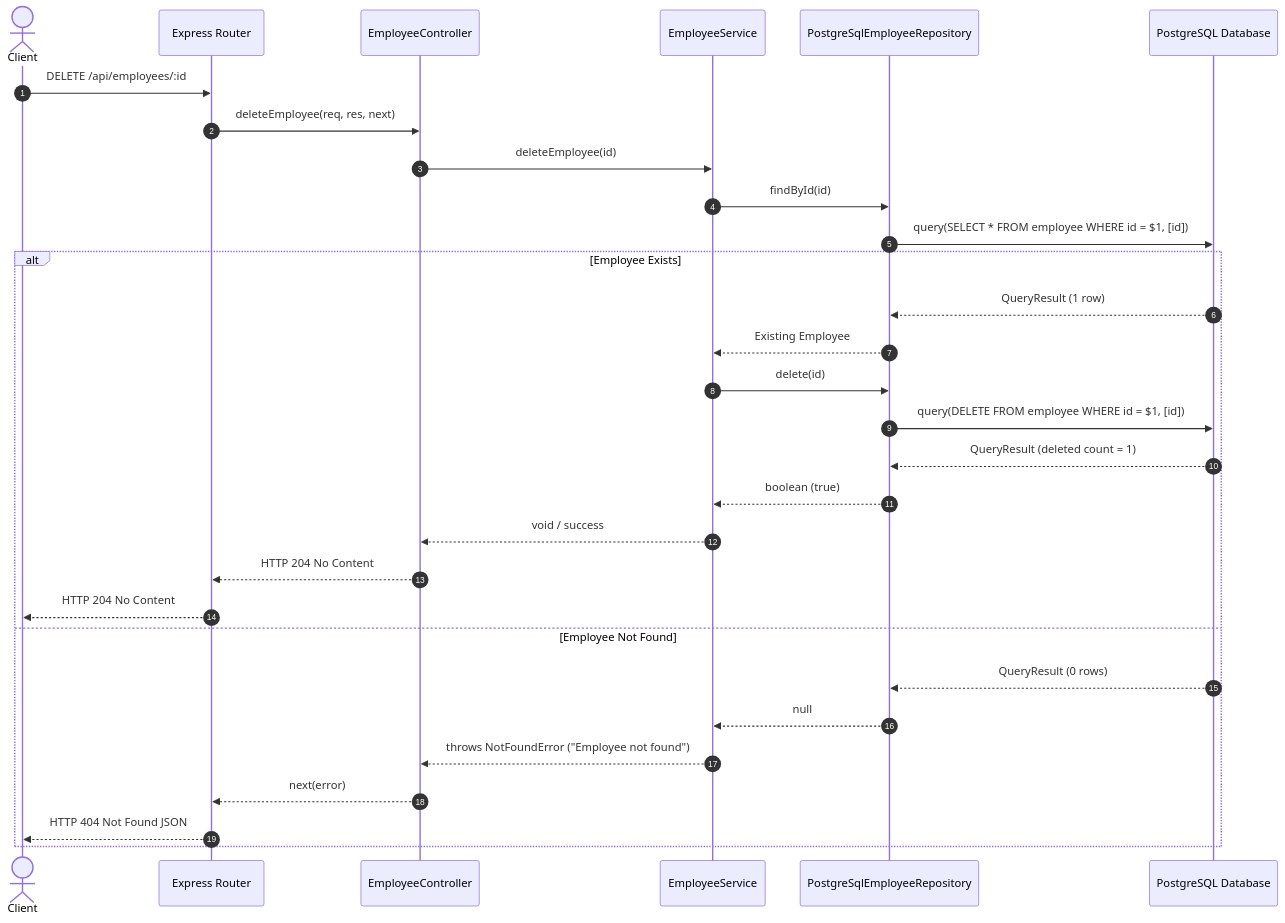
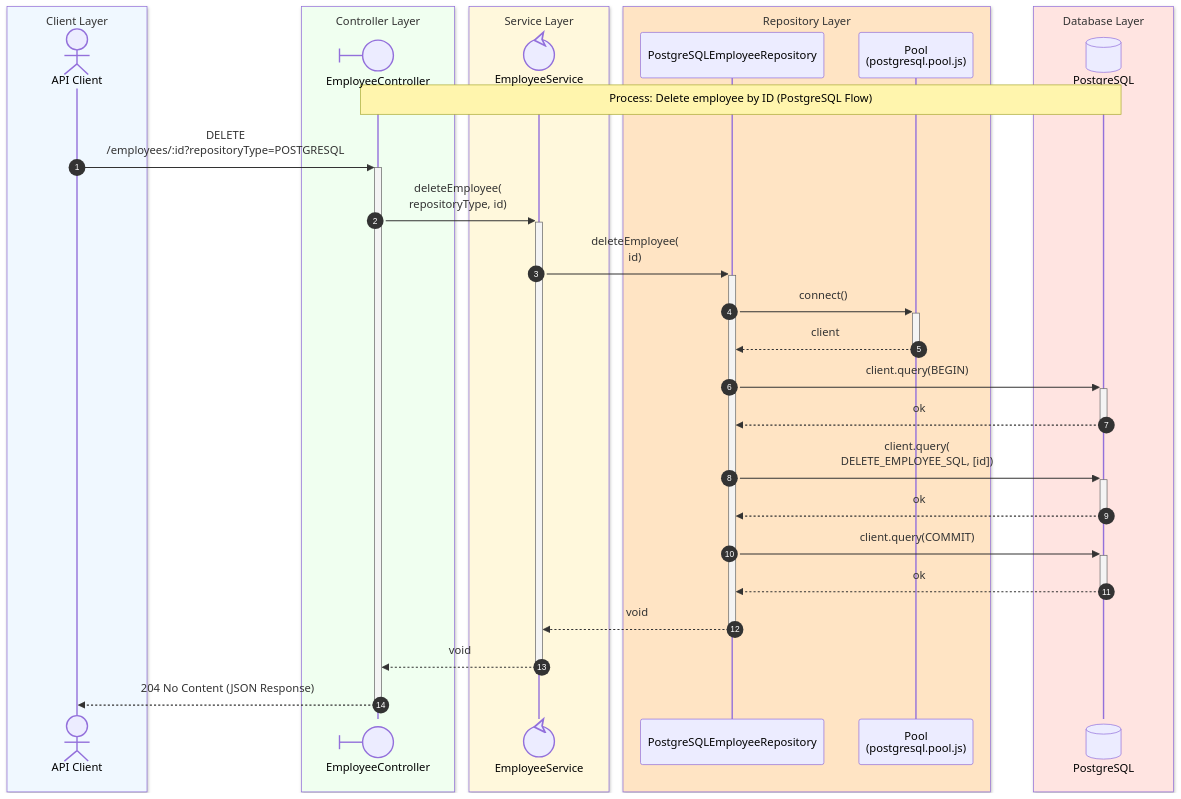
One commit to k1729p/Study28 changed the diagram in docs/mermaid/sequenceDiagramDeleteEmployee.md. Above: the diagram before and after it, drawn with Mermaid. The commit also changed other lines of this file and 4 other files, not shown here.

````diff
--- a/docs/mermaid/sequenceDiagramDeleteEmployee.md
+++ b/docs/mermaid/sequenceDiagramDeleteEmployee.md
@@ -3,38 +3,40 @@
 ```mermaid
 sequenceDiagram
-    autonumber
-    actor Client
-    participant Express as Express Router
-    participant Controller as EmployeeController
-    participant Service as EmployeeService
-    participant Repo as PostgreSqlEmployeeRepository
-    participant DB as PostgreSQL Database
+box aliceblue Client Layer
+  participant API_CLI@{ "type": "actor" } as API Client
+end
+box honeydew Controller Layer
+  participant CTRL@{ "type": "boundary" } as EmployeeController
+end
+box cornsilk Service Layer
+  participant SERV@{ "type": "control" } as EmployeeService
+end
+box bisque Repository Layer
+  participant REPO as PostgreSQLEmployeeRepository
+  participant POOL as Pool<br>(postgresql.pool.js)
+end
+box mistyrose Database Layer
+  participant PSQL@{ "type" : "database" } as PostgreSQL
+end
 
-    Client->>Express: DELETE /api/employees/:id
-    Express->>Controller: deleteEmployee(req, res, next)
-    
-    Controller->>Service: deleteEmployee(id)
-    
-    Service->>Repo: findById(id)
-    Repo->>DB: query(SELECT * FROM employee WHERE id = $1, [id])
-    
-    alt Employee Exists
-        DB-->>Repo: QueryResult (1 row)
-        Repo-->>Service: Existing Employee
-        
-        Service->>Repo: delete(id)
-        Repo->>DB: query(DELETE FROM employee WHERE id = $1, [id])
-        DB-->>Repo: QueryResult (deleted count = 1)
-        Repo-->>Service: boolean (true)
-        
-        Service-->>Controller: void / success
-        Controller-->>Express: HTTP 204 No Content
-        Express-->>Client: HTTP 204 No Content
-    else Employee Not Found
-        DB-->>Repo: QueryResult (0 rows)
-        Repo-->>Service: null
-        Service-->>Controller: throws NotFoundError ("Employee not found")
-        Controller-->>Express: next(error)
-        Express-->>Client: HTTP 404 Not Found JSON
-    end
+autonumber 1
+Note over CTRL, PSQL: Process: Delete employee by ID (PostgreSQL Flow)
+
+API_CLI ->>+ CTRL: DELETE<br>/employees/:id?repositoryType=POSTGRESQL
+
+CTRL ->>+ SERV: deleteEmployee(<br>repositoryType, id)
+SERV ->>+ REPO: deleteEmployee(<br>id)
+REPO ->>+ POOL: connect()
+POOL -->>- REPO: client
+REPO ->>+ PSQL: client.query(BEGIN)
+PSQL -->>- REPO: ok
+REPO ->>+ PSQL: client.query(<br>DELETE_EMPLOYEE_SQL, [id])
+PSQL -->>- REPO: ok
+REPO ->>+ PSQL: client.query(COMMIT)
+PSQL -->>- REPO: ok
+
+REPO -->>- SERV: void
+SERV -->>- CTRL: void
+CTRL -->> API_CLI: 204 No Content (JSON Response)
+deactivate CTRL
 ```
````
